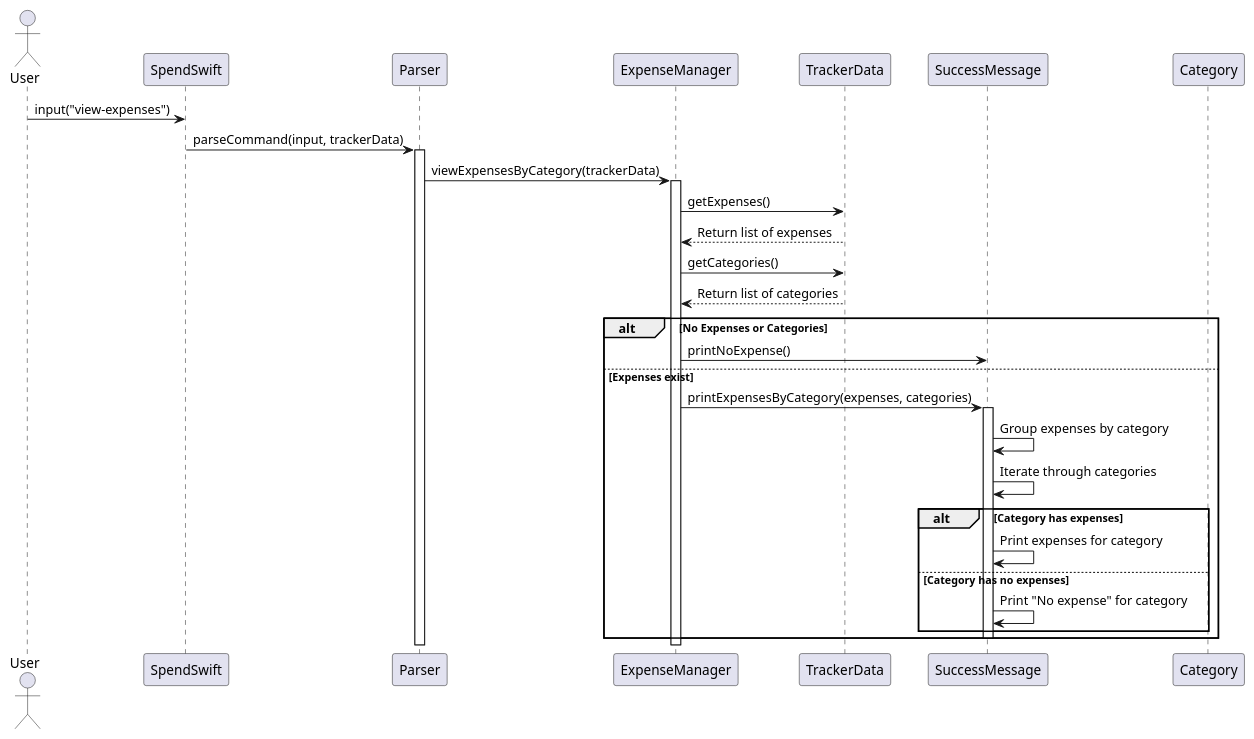
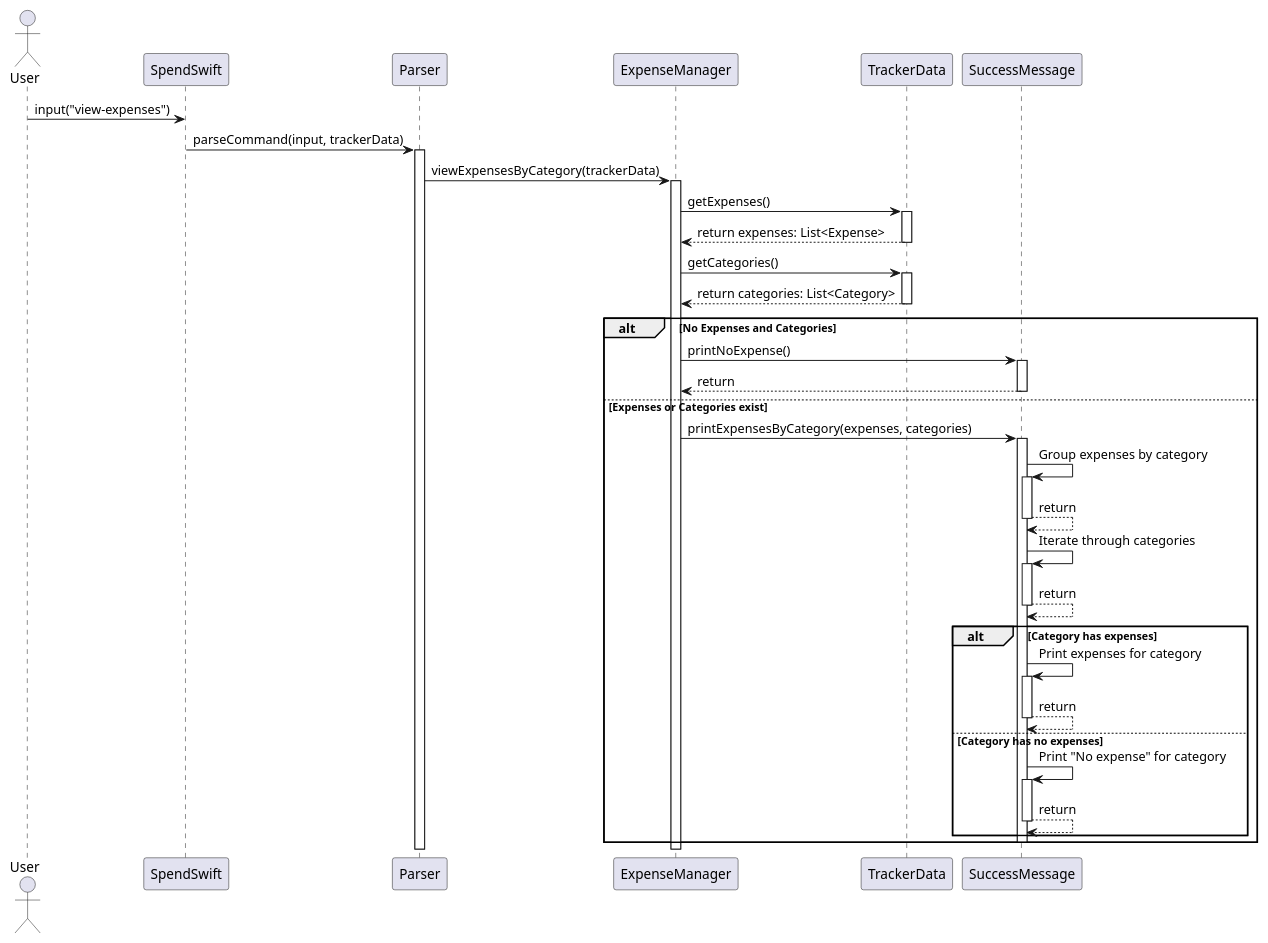
The diagram in docs/diagrams/ViewExpenses.puml (nus-cs2113-AY2425S1/tp), drawn with PlantUML before and after one commit. The commit also changed 2 other files, not shown here.

Commit message:
Add view-expenses sequence diagram

```diff
--- a/docs/diagrams/ViewExpenses.puml
+++ b/docs/diagrams/ViewExpenses.puml
@@ -1,41 +1,58 @@
 @startuml
 actor User
 participant SpendSwift
 participant Parser
 participant ExpenseManager
 participant TrackerData
 participant SuccessMessage
-participant Category
 
 User -> SpendSwift : input("view-expenses")
 SpendSwift -> Parser : parseCommand(input, trackerData)
 
 activate Parser
 Parser -> ExpenseManager : viewExpensesByCategory(trackerData)
 
 activate ExpenseManager
 ExpenseManager -> TrackerData : getExpenses()
-TrackerData --> ExpenseManager : Return list of expenses
+activate TrackerData
+TrackerData --> ExpenseManager : return expenses: List<Expense>
+deactivate TrackerData
+ExpenseManager -> TrackerData : getCategories()
+activate TrackerData
+TrackerData --> ExpenseManager : return categories: List<Category>
+deactivate TrackerData
 
-ExpenseManager -> TrackerData : getCategories()
-TrackerData --> ExpenseManager : Return list of categories
-
-alt No Expenses or Categories
+alt No Expenses and Categories
     ExpenseManager -> SuccessMessage : printNoExpense()
-else Expenses exist
+    activate SuccessMessage
+    SuccessMessage --> ExpenseManager : return
+    deactivate SuccessMessage
+else Expenses or Categories exist
     ExpenseManager -> SuccessMessage : printExpensesByCategory(expenses, categories)
 
     activate SuccessMessage
     SuccessMessage -> SuccessMessage : Group expenses by category
+    activate SuccessMessage
+        SuccessMessage --> SuccessMessage : return
+        deactivate SuccessMessage
     SuccessMessage -> SuccessMessage : Iterate through categories
+    activate SuccessMessage
+        SuccessMessage --> SuccessMessage : return
+        deactivate SuccessMessage
     alt Category has expenses
         SuccessMessage -> SuccessMessage : Print expenses for category
+        activate SuccessMessage
+        SuccessMessage --> SuccessMessage : return
+        deactivate SuccessMessage
     else Category has no expenses
         SuccessMessage -> SuccessMessage : Print "No expense" for category
+        activate SuccessMessage
+        SuccessMessage --> SuccessMessage : return
+        deactivate SuccessMessage
     end
     deactivate SuccessMessage
 end
 deactivate ExpenseManager
 deactivate Parser
 
 @enduml
```
